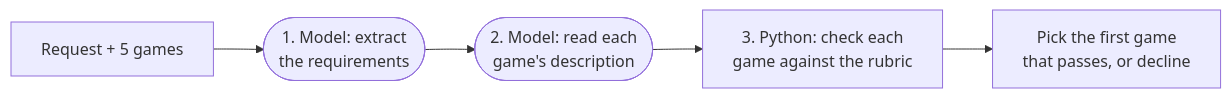
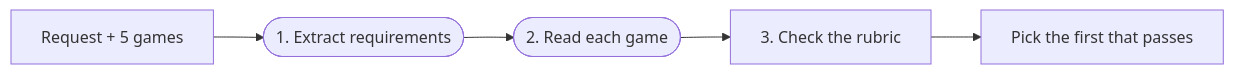
Before and after one commit to larissapaola1/eais-project-1: the second of 2 diagrams in README.md, drawn with Mermaid. The commit also changed other lines of this file, not shown here.

Commit message:
v10: README tables and diagrams easier to read

````diff
--- a/README.md
+++ b/README.md
@@ -128,7 +138,8 @@
 ```mermaid
+%%{init: {"flowchart": {"htmlLabels": false}}}%%
 flowchart LR
-    A["Request + 5 games"] --> B(["1. Model: extract<br/>the requirements"])
-    B --> C(["2. Model: read each<br/>game's description"])
-    C --> D["3. Python: check each<br/>game against the rubric"]
-    D --> E["Pick the first game<br/>that passes, or decline"]
+    A["Request + 5 games"] --> B(["1. Extract requirements"])
+    B --> C(["2. Read each game"])
+    C --> D["3. Check the rubric"]
+    D --> E["Pick the first that passes"]
 ```
````
